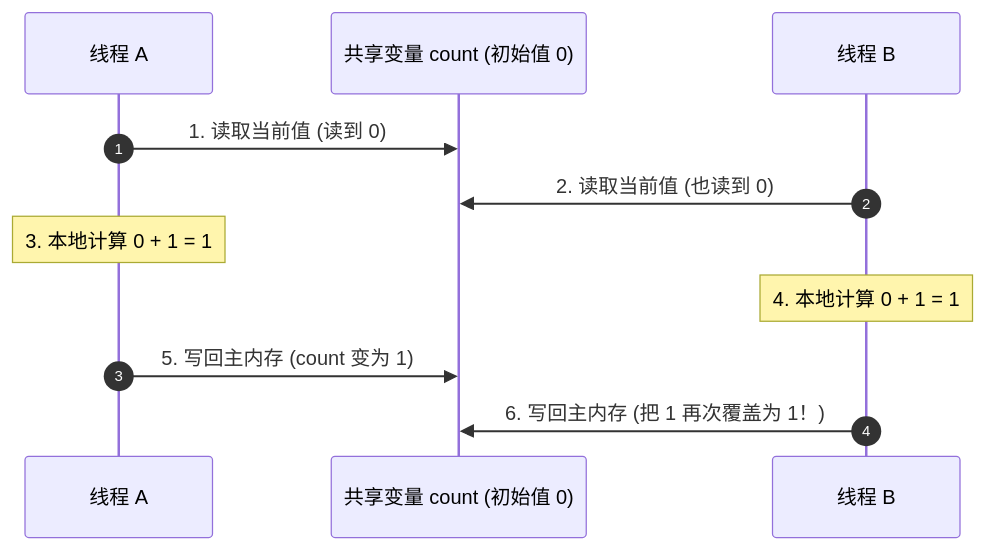
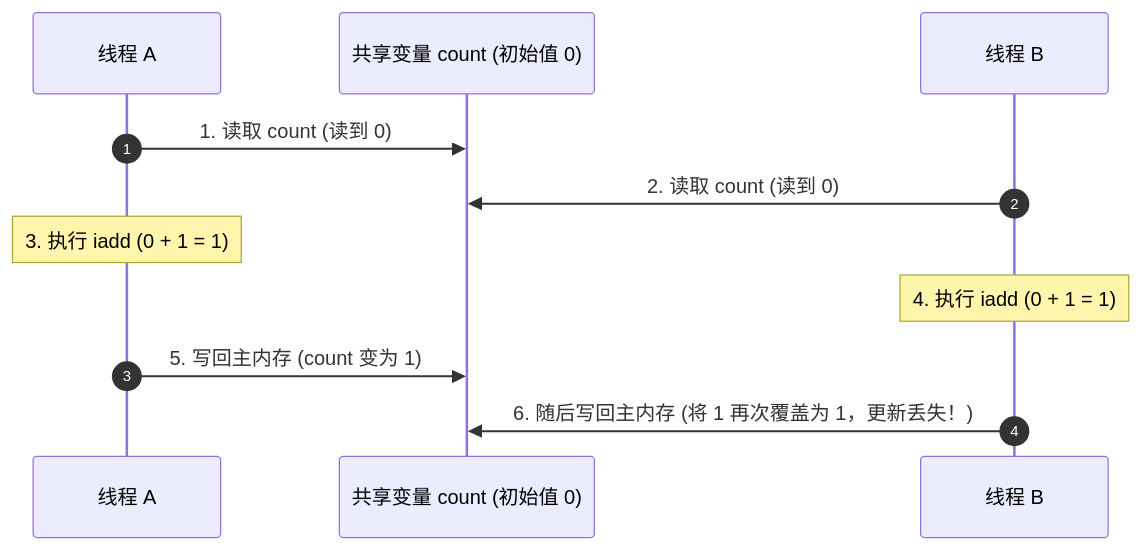
The fourth of 5 diagrams in 20-Java后端/03-并发编程/03-volatile与synchronized.md (GuoWWWX/knowledge-base), drawn with Mermaid before and after one commit. The commit also changed other lines of this file and 234 other files, not shown here.

````diff
--- a/20-Java后端/03-并发编程/03-volatile与synchronized.md
+++ b/20-Java后端/03-并发编程/03-volatile与synchronized.md
@@ -70,14 +159,14 @@
 ```mermaid
 sequenceDiagram
     autonumber
     participant T1 as 线程 A
     participant RAM as 共享变量 count (初始值 0)
     participant T2 as 线程 B
 
-    T1->>RAM: 1. 读取当前值 (读到 0)
-    T2->>RAM: 2. 读取当前值 (也读到 0)
-    Note over T1: 3. 本地计算 0 + 1 = 1
-    Note over T2: 4. 本地计算 0 + 1 = 1
+    T1->>RAM: 1. 读取 count (读到 0)
+    T2->>RAM: 2. 读取 count (读到 0)
+    Note over T1: 3. 执行 iadd (0 + 1 = 1)
+    Note over T2: 4. 执行 iadd (0 + 1 = 1)
     T1->>RAM: 5. 写回主内存 (count 变为 1)
-    T2->>RAM: 6. 写回主内存 (把 1 再次覆盖为 1！)
+    T2->>RAM: 6. 随后写回主内存 (将 1 再次覆盖为 1，更新丢失！)
 ```
````
